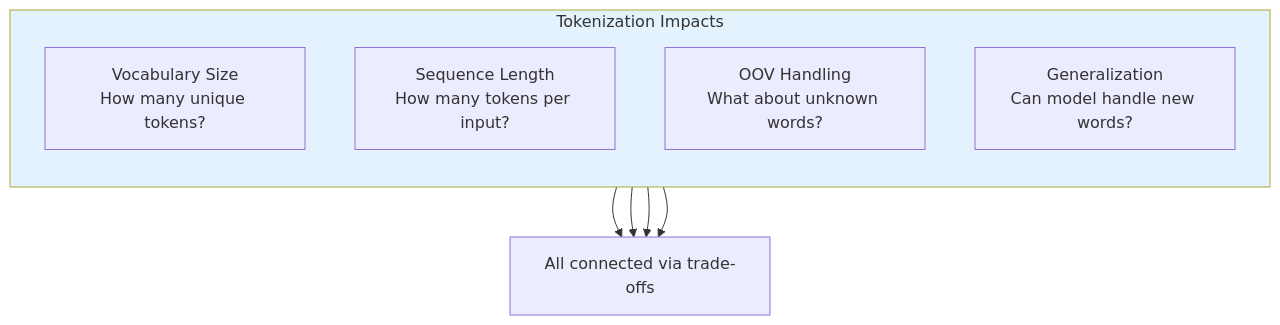
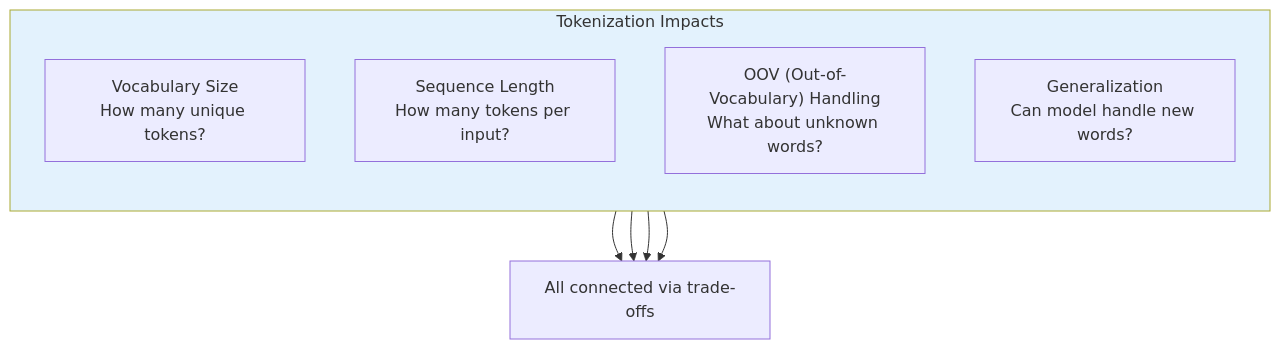
The second of 29 diagrams in lectures/02-tokenization.md (jlanghein/stanford-llm), drawn with Mermaid before and after one commit. The commit also changed other lines of this file, not shown here.

Commit message:
Add OOV explanation on first mention in tokenization notes

````diff
--- a/lectures/02-tokenization.md
+++ b/lectures/02-tokenization.md
@@ -52,17 +52,17 @@
 ```mermaid
 flowchart TB
     subgraph impact["Tokenization Impacts"]
         direction TB
         V["Vocabulary Size<br/>How many unique tokens?"]
         S["Sequence Length<br/>How many tokens per input?"]
-        O["OOV Handling<br/>What about unknown words?"]
+        O["OOV (Out-of-Vocabulary) Handling<br/>What about unknown words?"]
         G["Generalization<br/>Can model handle new words?"]
     end
     
     V --> TRADE["All connected via trade-offs"]
     S --> TRADE
     O --> TRADE
     G --> TRADE
     
     style impact fill:#e3f2fd
 ```
````
